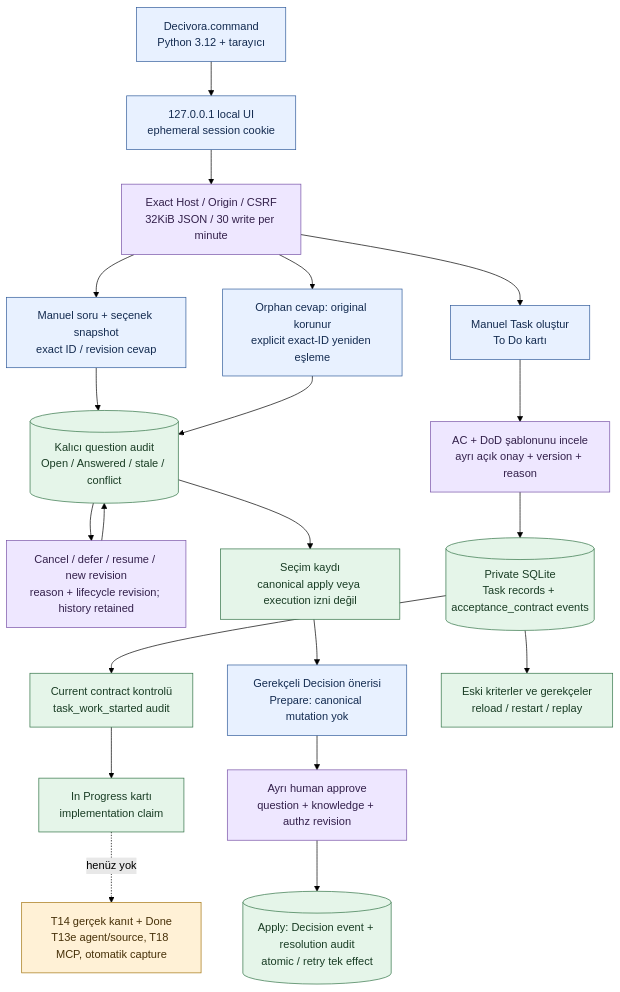
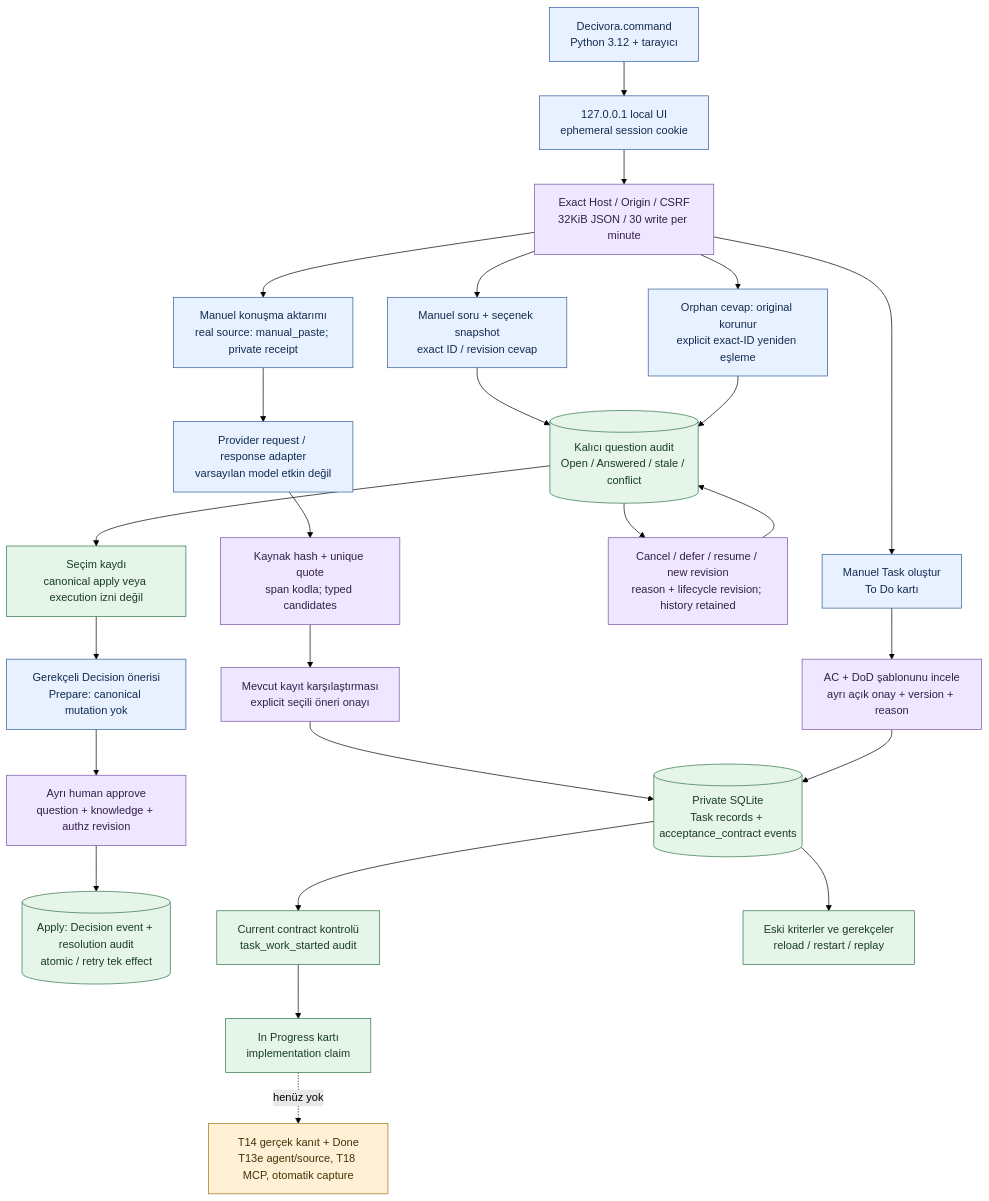
The diagram in docs/architecture/local-preview.md (alphanAkbulut/decivora), drawn with Mermaid (forest theme) before and after one commit. The commit also changed other lines of this file and 21 other files, not shown here.

````diff
--- a/docs/architecture/local-preview.md
+++ b/docs/architecture/local-preview.md
@@ -5,34 +5,39 @@
 ```mermaid
 flowchart TB
     accTitle: Çalışan yerel program, onaylı AC ve kalıcı kayıt
     accDescr: Launcher yalnız loopback server açar. Ephemeral yerel session ve CSRF kontrolü gerekir. Manuel görev ve AC kalıcı SQLite'a yazılır. In Progress çalışma beyanıdır, Done doğrulama modülü açık olduğu için üretilemez.
     L["Decivora.command<br/>Python 3.12 + tarayıcı"] --> S["127.0.0.1 local UI<br/>ephemeral session cookie"]
     S --> G["Exact Host / Origin / CSRF<br/>32KiB JSON / 30 write per minute"]
+    G --> I0["Manuel konuşma aktarımı<br/>real source: manual_paste; private receipt"]
+    I0 --> M0["Provider request / response adapter<br/>varsayılan model etkin değil"]
+    M0 --> K0["Kaynak hash + unique quote<br/>span kodla; typed candidates"]
+    K0 --> E0["Mevcut kayıt karşılaştırması<br/>explicit seçili öneri onayı"]
+    E0 --> D
     G --> T["Manuel Task oluştur<br/>To Do kartı"]
     G --> Q["Manuel soru + seçenek snapshot<br/>exact ID / revision cevap"]
     Q --> R[("Kalıcı question audit<br/>Open / Answered / stale / conflict")]
     R --> Z["Cancel / defer / resume / new revision<br/>reason + lifecycle revision; history retained"]
     Z --> R
     G --> U["Orphan cevap: original korunur<br/>explicit exact-ID yeniden eşleme"]
     U --> R
     R --> N["Seçim kaydı<br/>canonical apply veya execution izni değil"]
     N --> P["Gerekçeli Decision önerisi<br/>Prepare: canonical mutation yok"]
     P --> O["Ayrı human approve<br/>question + knowledge + authz revision"]
     O --> C[("Apply: Decision event + resolution audit<br/>atomic / retry tek effect")]
     T --> A["AC + DoD şablonunu incele<br/>ayrı açık onay + version + reason"]
     A --> D[("Private SQLite<br/>Task records + acceptance_contract events")]
     D --> W["Current contract kontrolü<br/>task_work_started audit"]
     W --> B["In Progress kartı<br/>implementation claim"]
     D --> H["Eski kriterler ve gerekçeler<br/>reload / restart / replay"]
     B -. henüz yok .-> V["T14 gerçek kanıt + Done<br/>T13e agent/source, T18 MCP, otomatik capture"]
     classDef launcher fill:#e8f1ff,stroke:#315c9b,color:#132b50;
     classDef guard fill:#eee7ff,stroke:#7853a7,color:#33204b;
     classDef stored fill:#e5f5e9,stroke:#327347,color:#193c24;
     classDef pending fill:#fff1d6,stroke:#a47511,color:#463008;
     class L,S,T launcher;
-    class G,A,O,Z guard;
+    class G,A,O,Z,K0,E0 guard;
     class D,W,B,H,R,N stored;
-    class Q,P,U launcher;
+    class Q,P,U,I0,M0 launcher;
     class C stored;
     class V pending;
 ```
````
